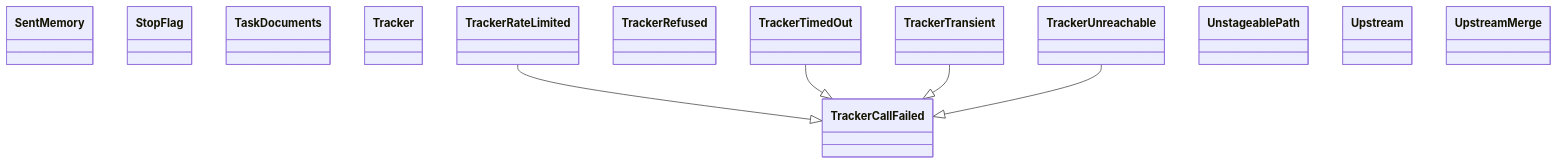
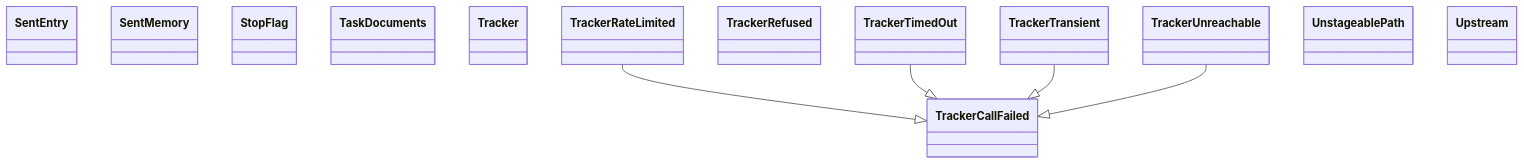
Before and after one commit to GonzaloZevallos/agentic-system: the diagram in docs/architecture/generated/classes-process-application-support-5.md, drawn with Mermaid. The commit also changed 16 other files, not shown here.

````diff
--- a/docs/architecture/generated/classes-process-application-support-5.md
+++ b/docs/architecture/generated/classes-process-application-support-5.md
@@ -16,20 +16,20 @@
 ```mermaid
 classDiagram
+    class ports__SentEntry["SentEntry"]
     class ports__SentMemory["SentMemory"]
     class ports__StopFlag["StopFlag"]
     class ports__TaskDocuments["TaskDocuments"]
     class ports__Tracker["Tracker"]
     class ports__TrackerCallFailed["TrackerCallFailed"]
     class ports__TrackerRateLimited["TrackerRateLimited"]
     class ports__TrackerRefused["TrackerRefused"]
     class ports__TrackerTimedOut["TrackerTimedOut"]
     class ports__TrackerTransient["TrackerTransient"]
     class ports__TrackerUnreachable["TrackerUnreachable"]
     class ports__UnstageablePath["UnstageablePath"]
     class ports__Upstream["Upstream"]
-    class ports__UpstreamMerge["UpstreamMerge"]
     ports__TrackerRateLimited --|> ports__TrackerCallFailed
     ports__TrackerTimedOut --|> ports__TrackerCallFailed
     ports__TrackerTransient --|> ports__TrackerCallFailed
     ports__TrackerUnreachable --|> ports__TrackerCallFailed
 ```
````
